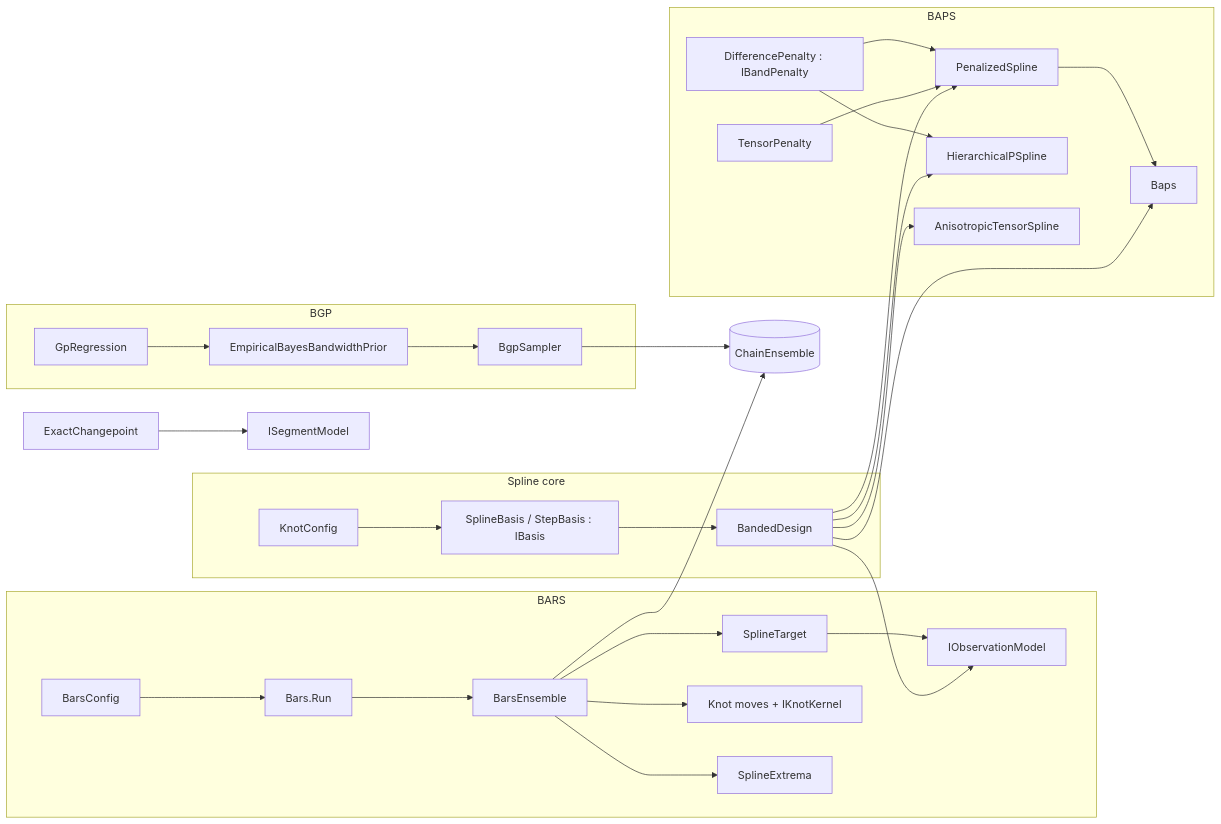
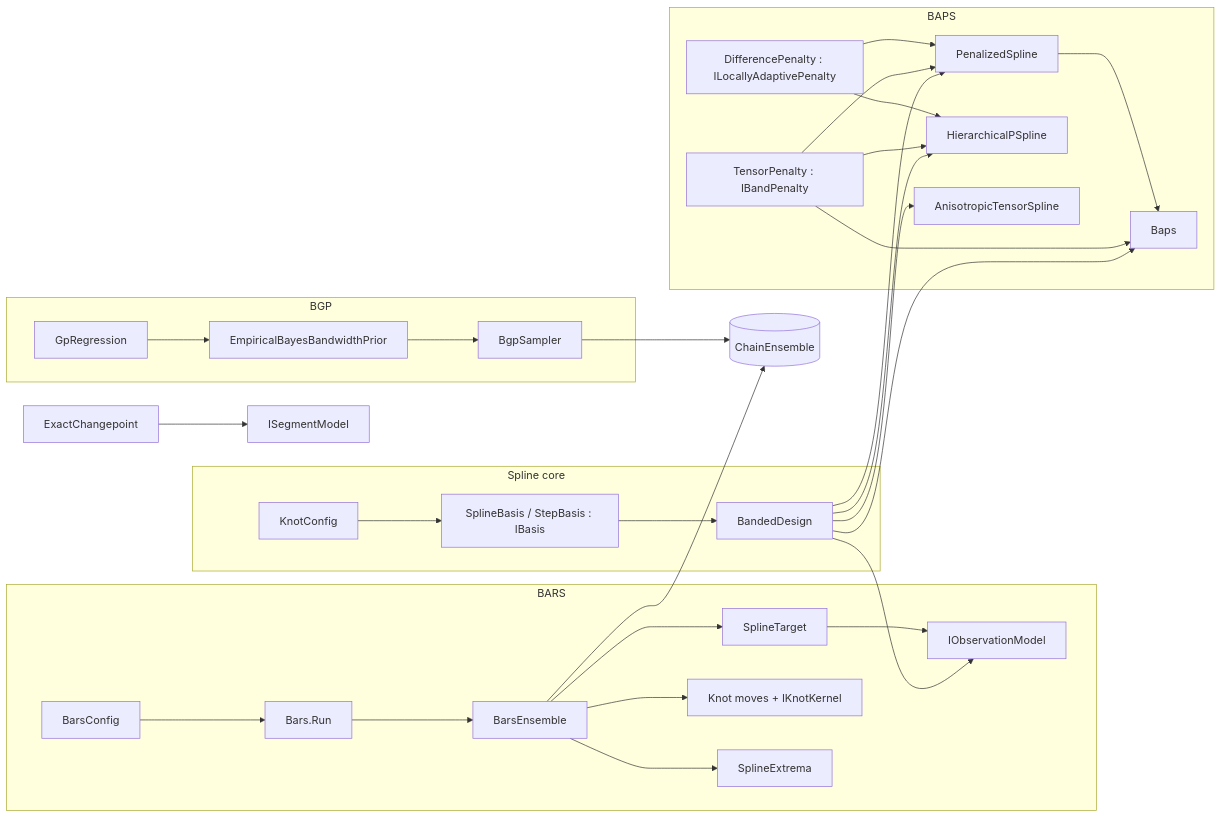
The diagram in docs/Maths/BayesianRegression.md (aghado01/ThermoMapper), drawn with Mermaid before and after one commit. The commit also changed other lines of this file and 1 other file, not shown here.

First line of the commit message:
docs: BARS's shared fit and the penalty seam, and their report

````diff
--- a/docs/Maths/BayesianRegression.md
+++ b/docs/Maths/BayesianRegression.md
@@ -15,24 +15,26 @@
 ```mermaid
 flowchart LR
   subgraph Spline core
     KC[KnotConfig] --> SB[SplineBasis / StepBasis : IBasis] --> BD[BandedDesign]
   end
   subgraph BARS
     BC[BarsConfig] --> BR[Bars.Run] --> BE[BarsEnsemble]
     BE --> ST[SplineTarget] --> OM[IObservationModel]
     BE --> KM[Knot moves + IKnotKernel]
     BE --> SX[SplineExtrema]
   end
   subgraph BAPS
-    DP[DifferencePenalty : IBandPenalty] --> PS[PenalizedSpline] --> BS[Baps]
+    DP[DifferencePenalty : ILocallyAdaptivePenalty] --> PS[PenalizedSpline] --> BS[Baps]
     DP --> HP[HierarchicalPSpline]
-    TP[TensorPenalty] --> PS
+    TP[TensorPenalty : IBandPenalty] --> PS
+    TP --> BS
+    TP --> HP
     AT[AnisotropicTensorSpline]
   end
   subgraph BGP
     GP[GpRegression] --> EB[EmpiricalBayesBandwidthPrior] --> BG[BgpSampler]
   end
   EC[ExactChangepoint] --> SM[ISegmentModel]
   BD --> OM & PS & BS & HP & AT
   BE & BG --> CE[(ChainEnsemble)]
 ```
````
